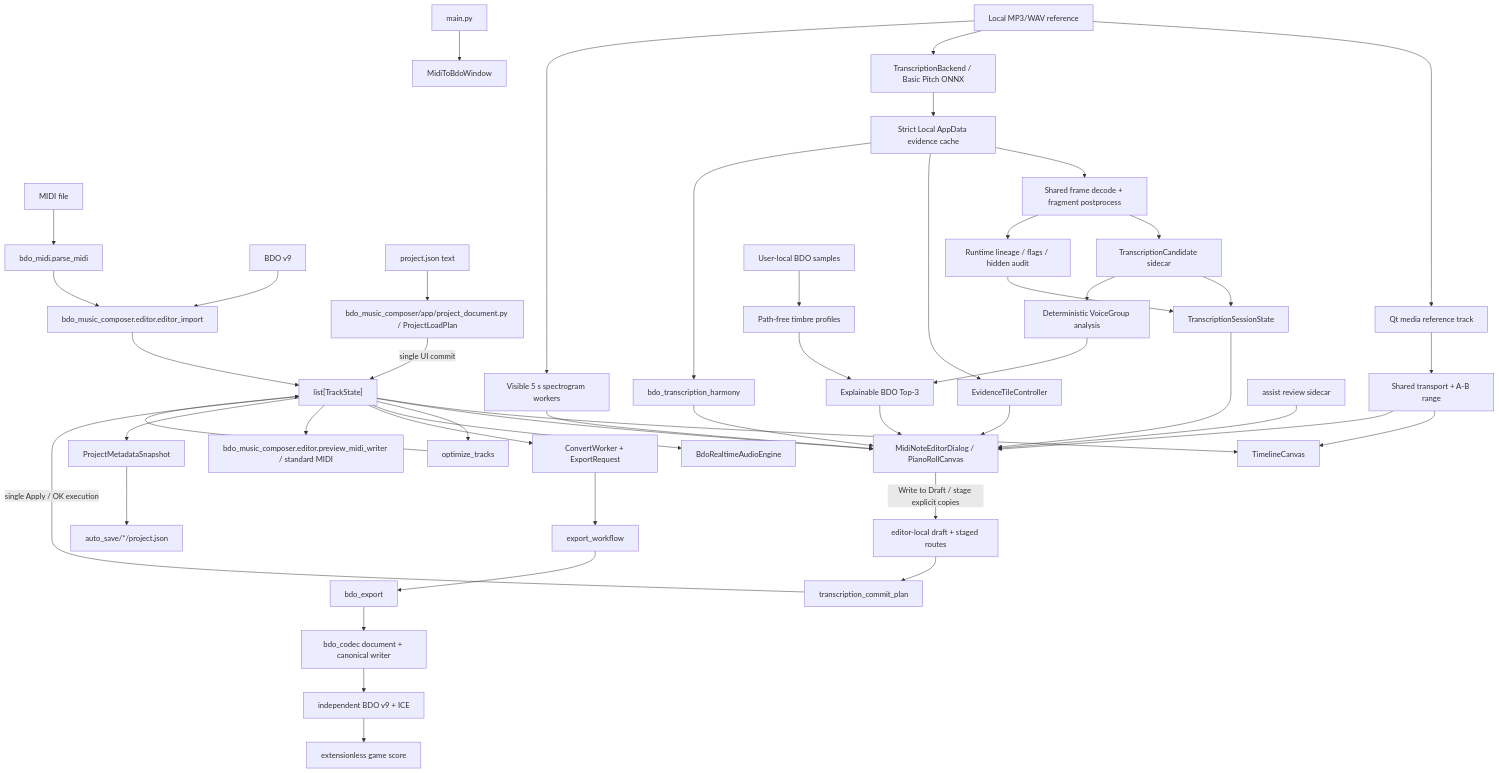
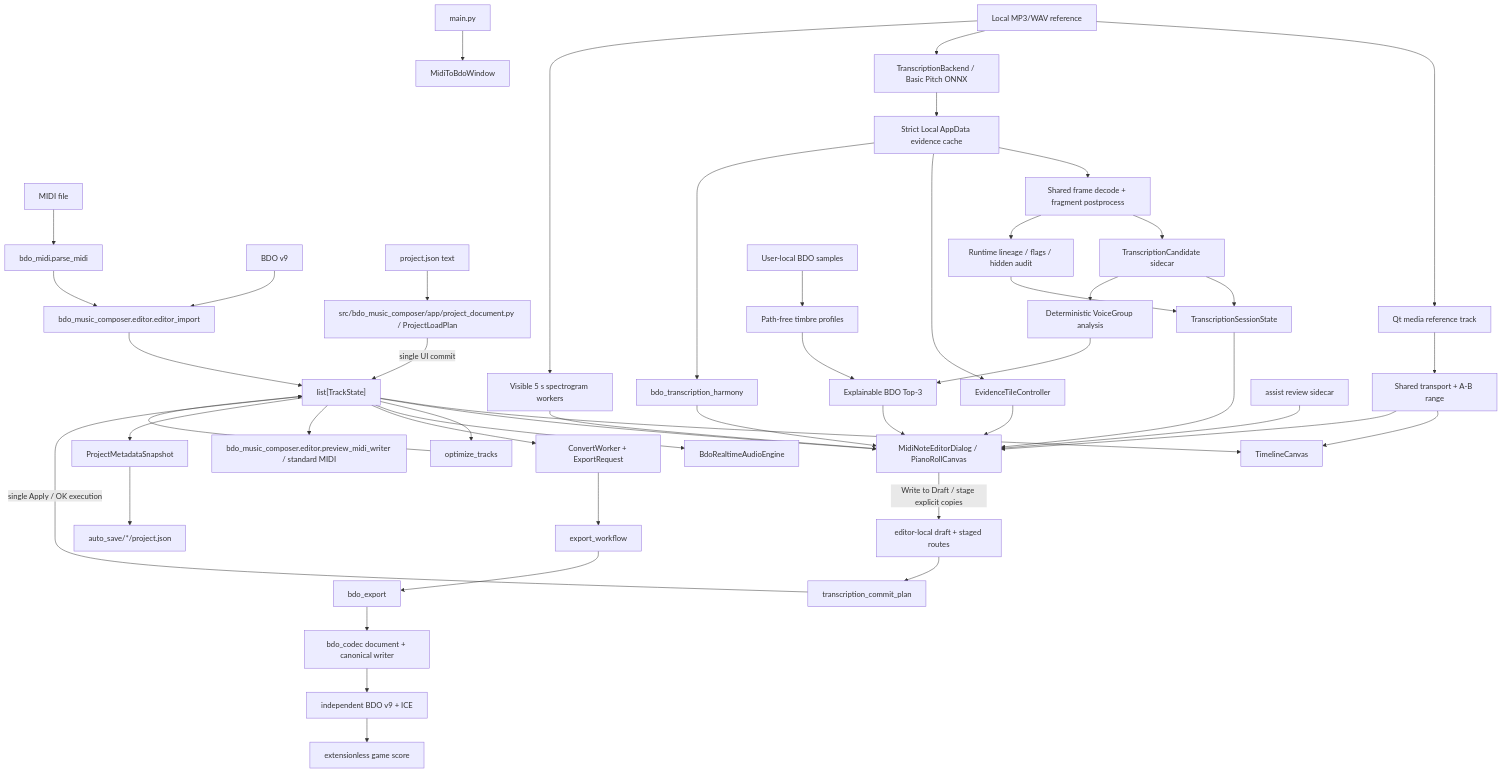
Before and after one commit to CocoaMist/3007-BDO_Music_Composer: the diagram in docs/ARCHITECTURE.md, drawn with Mermaid. The commit also changed other lines of this file and 317 other files, not shown here.

Commit message:
refactor Windows desktop architecture and game effects

````diff
--- a/docs/ARCHITECTURE.md
+++ b/docs/ARCHITECTURE.md
@@ -7,51 +7,51 @@
 ```mermaid
 flowchart TD
     Entry["main.py"] --> GUI["MidiToBdoWindow"]
     MIDI["MIDI file"] --> Parser["bdo_midi.parse_midi"]
     BDO["BDO v9"] --> ImportAdapter["bdo_music_composer.editor.editor_import"]
-    Project["project.json text"] --> ProjectPlan["bdo_music_composer/app/project_document.py / ProjectLoadPlan"]
+    Project["project.json text"] --> ProjectPlan["src/bdo_music_composer/app/project_document.py / ProjectLoadPlan"]
     Parser --> ImportAdapter
     ImportAdapter --> Tracks["list[TrackState]"]
     ProjectPlan -->|"single UI commit"| Tracks
     Tracks --> Timeline["TimelineCanvas"]
     Tracks --> Editor["MidiNoteEditorDialog / PianoRollCanvas"]
     Reference["Local MP3/WAV reference"] --> ReferencePlayer["Qt media reference track"]
     ReferencePlayer --> SharedTransport["Shared transport + A-B range"]
     SharedTransport --> Timeline
     SharedTransport --> Editor
     Reference --> Transcriber["TranscriptionBackend / Basic Pitch ONNX"]
     Reference --> Spectrogram["Visible 5 s spectrogram workers"]
     Transcriber --> Evidence["Strict Local AppData evidence cache"]
     Evidence --> FrameDecode["Shared frame decode + fragment postprocess"]
     FrameDecode --> Candidates["TranscriptionCandidate sidecar"]
     FrameDecode --> Annotations["Runtime lineage / flags / hidden audit"]
     Evidence --> Tiles["EvidenceTileController"]
     Evidence --> Harmony["bdo_transcription_harmony"]
     Tiles --> Editor
     Spectrogram --> Editor
     Candidates --> Session["TranscriptionSessionState"]
     Candidates --> Groups["Deterministic VoiceGroup analysis"]
     LocalSamples["User-local BDO samples"] --> Timbre["Path-free timbre profiles"]
     Groups --> Matches["Explainable BDO Top-3"]
     Timbre --> Matches
     Harmony --> Editor
     Matches --> Editor
     Session --> Editor
     Annotations --> Session
     AssistReview["assist review sidecar"] --> Editor
     Editor -->|"Write to Draft / stage explicit copies"| Draft["editor-local draft + staged routes"]
     Draft --> CommitPlan["transcription_commit_plan"]
     CommitPlan -->|"single Apply / OK execution"| Tracks
     Tracks --> Optimizer["optimize_tracks"]
     Optimizer --> Tracks
     Tracks --> Preview["BdoRealtimeAudioEngine"]
     Tracks --> Worker["ConvertWorker + ExportRequest"]
     Worker --> Workflow["export_workflow"]
     Workflow --> Adapter["bdo_export"]
     Adapter --> Serializer["bdo_codec document + canonical writer"]
     Serializer --> ICE["independent BDO v9 + ICE"]
     ICE --> GameScore["extensionless game score"]
     Tracks --> MidiProjection["bdo_music_composer.editor.preview_midi_writer / standard MIDI"]
     Tracks --> MetadataSnapshot["ProjectMetadataSnapshot"]
     MetadataSnapshot --> Autosave["auto_save/*/project.json"]
 ```
````
